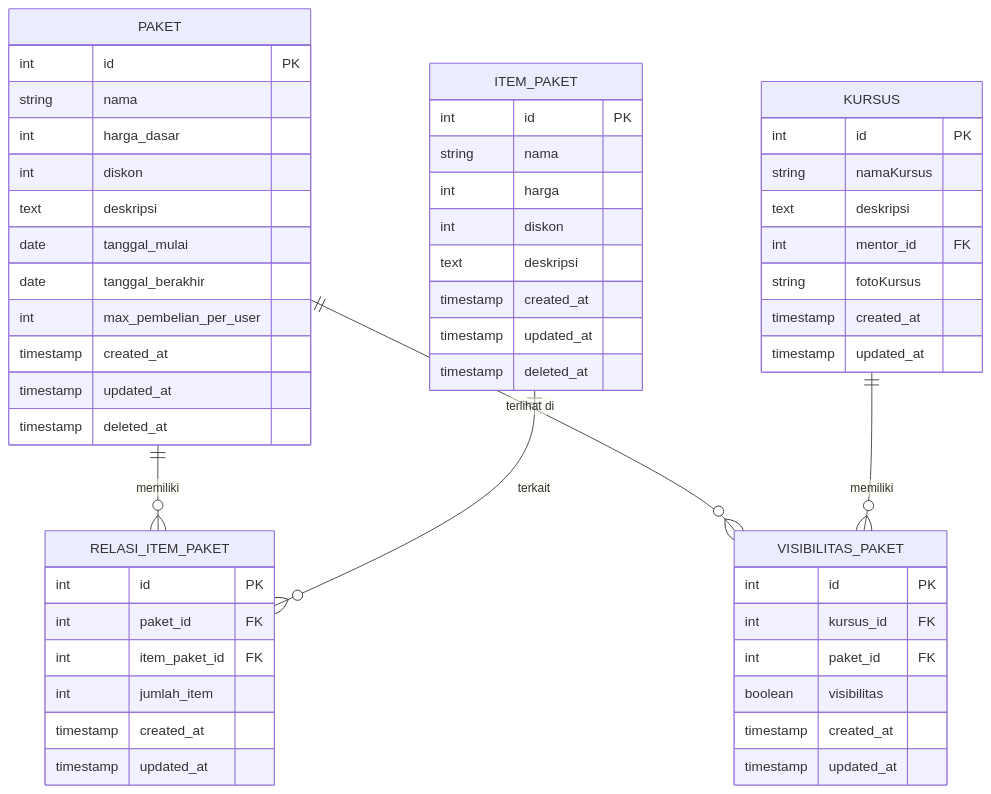
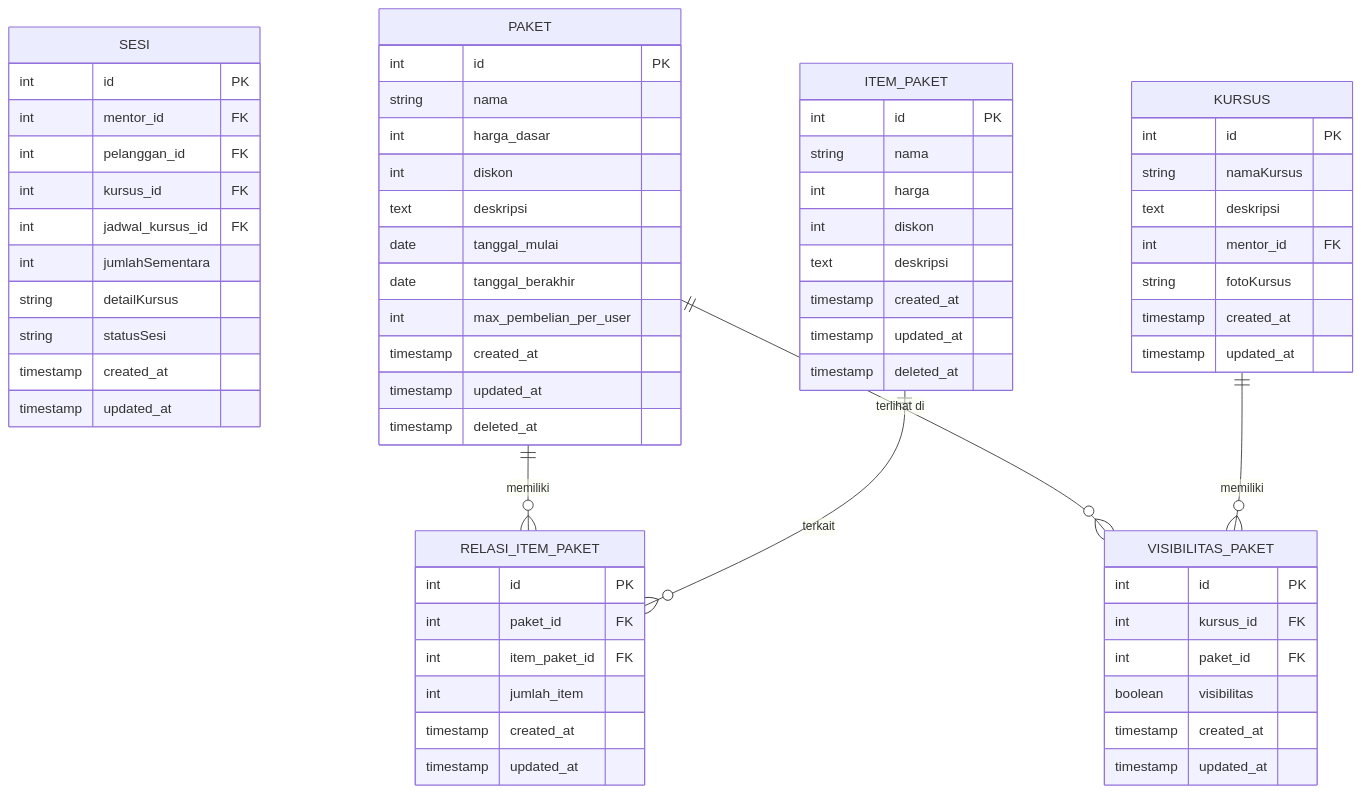
The diagram in database/migrations/erd_paket.md (ekomh170/manpro-sizzlingchilli-backend-chill-ajar), drawn with Mermaid before and after one commit. The commit also changed 3 other files, not shown here.

Commit message:
feat: dokumentasi ERD sesi - Tambah penjelasan mekanisme field jumlahSementara untuk estimasi harga booking - Detail alur perhitungan harga paket dan mentor - Klarifikasi fungsi jumlahSementara di tabel sesi

````diff
--- a/database/migrations/erd_paket.md
+++ b/database/migrations/erd_paket.md
@@ -5,56 +5,68 @@
 ```mermaid
 erDiagram
+    SESI {
+        int id PK
+        int mentor_id FK
+        int pelanggan_id FK
+        int kursus_id FK
+        int jadwal_kursus_id FK
+        int jumlahSementara
+        string detailKursus
+        string statusSesi
+        timestamp created_at
+        timestamp updated_at
+    }
     PAKET {
         int id PK
         string nama
         int harga_dasar
         int diskon
         text deskripsi
         date tanggal_mulai
         date tanggal_berakhir
         int max_pembelian_per_user
         timestamp created_at
         timestamp updated_at
         timestamp deleted_at
     }
     ITEM_PAKET {
         int id PK
         string nama
         int harga
         int diskon
         text deskripsi
         timestamp created_at
         timestamp updated_at
         timestamp deleted_at
     }
     RELASI_ITEM_PAKET {
         int id PK
         int paket_id FK
         int item_paket_id FK
         int jumlah_item
         timestamp created_at
         timestamp updated_at
     }
     VISIBILITAS_PAKET {
         int id PK
         int kursus_id FK
         int paket_id FK
         boolean visibilitas
         timestamp created_at
         timestamp updated_at
     }
     KURSUS {
         int id PK
         string namaKursus
         text deskripsi
         int mentor_id FK
         string fotoKursus
         timestamp created_at
         timestamp updated_at
     }
 
     PAKET ||--o{ RELASI_ITEM_PAKET : "memiliki"
     ITEM_PAKET ||--o{ RELASI_ITEM_PAKET : "terkait"
     PAKET ||--o{ VISIBILITAS_PAKET : "terlihat di"
     KURSUS ||--o{ VISIBILITAS_PAKET : "memiliki"
 ```
````
